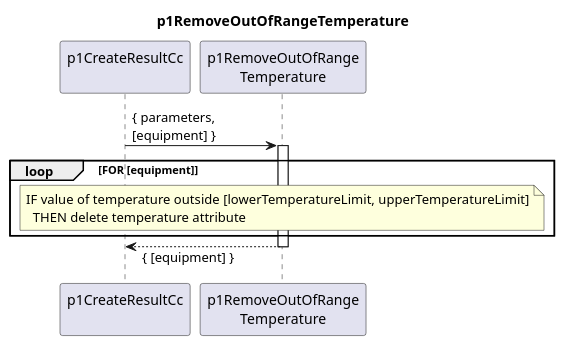
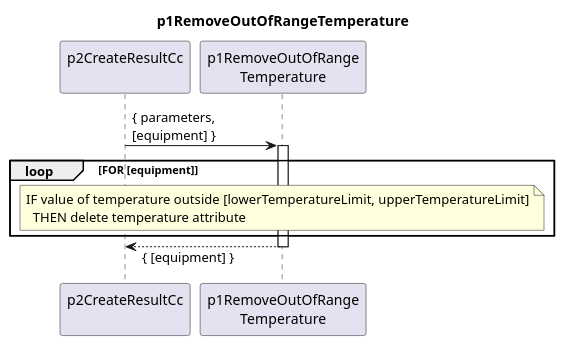
One commit to openBackhaul/DevicePerformanceManagementDataProcessor changed the diagram in spec/Functions/p1StreamPmData/p2ProcessDevice/p2CreateResultCc/p1RemoveOutOfRangeTemperature/1.0.0/p1RemoveOutOfRangeTemperature.plantuml. Above: the diagram before and after it, drawn with PlantUML. The commit also changed 16 other files, not shown here.

Commit message:
Fix couple of glitches; update diagrams

```diff
--- a/spec/Functions/p1StreamPmData/p2ProcessDevice/p2CreateResultCc/p1RemoveOutOfRangeTemperature/1.0.0/p1RemoveOutOfRangeTemperature.plantuml
+++ b/spec/Functions/p1StreamPmData/p2ProcessDevice/p2CreateResultCc/p1RemoveOutOfRangeTemperature/1.0.0/p1RemoveOutOfRangeTemperature.plantuml
@@ -1,27 +1,27 @@
 @startuml p1RemoveOutOfRangeTemperature
 skinparam responseMessageBelowArrow true
 
 title
   p1RemoveOutOfRangeTemperature
 end title
 
-participant "p1CreateResultCc\n" as requestor
+participant "p2CreateResultCc\n" as requestor
 participant "p1RemoveOutOfRange\nTemperature" as removeTemp
 
 
   requestor -> removeTemp : { parameters,\n[equipment] }
   activate removeTemp
 
     loop FOR [equipment]
 
       note over removeTemp
         IF value of temperature outside [lowerTemperatureLimit, upperTemperatureLimit]
           THEN delete temperature attribute
       end note
 
     end loop
 
   requestor <-- removeTemp: { [equipment] }
   deactivate removeTemp
 
 @enduml
```
